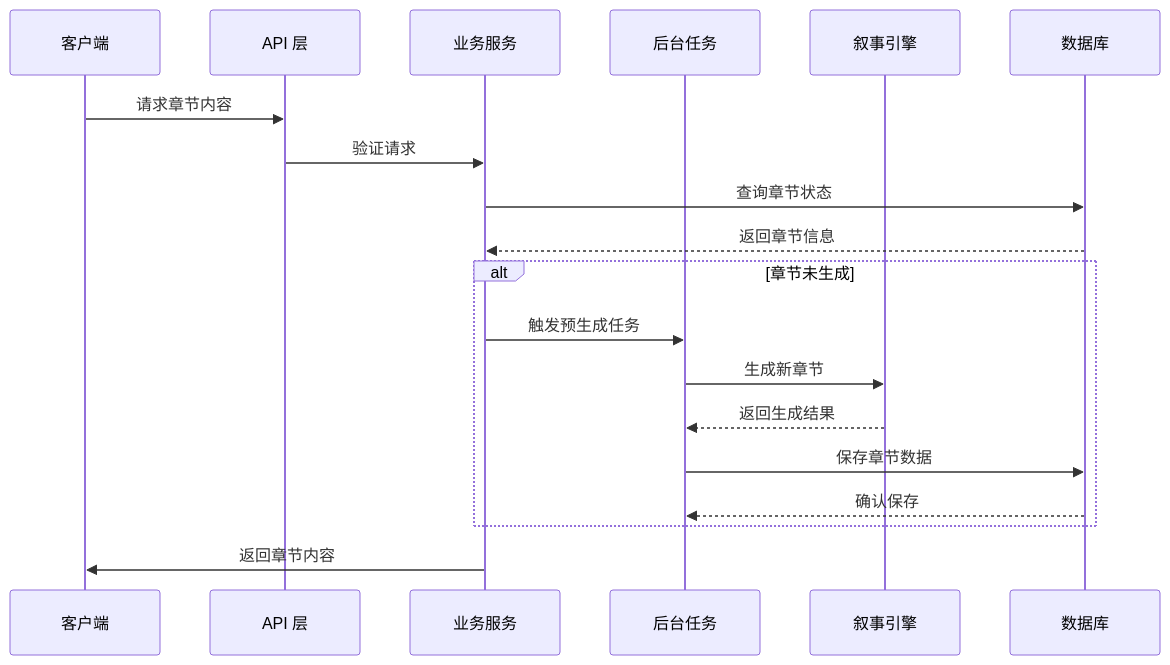
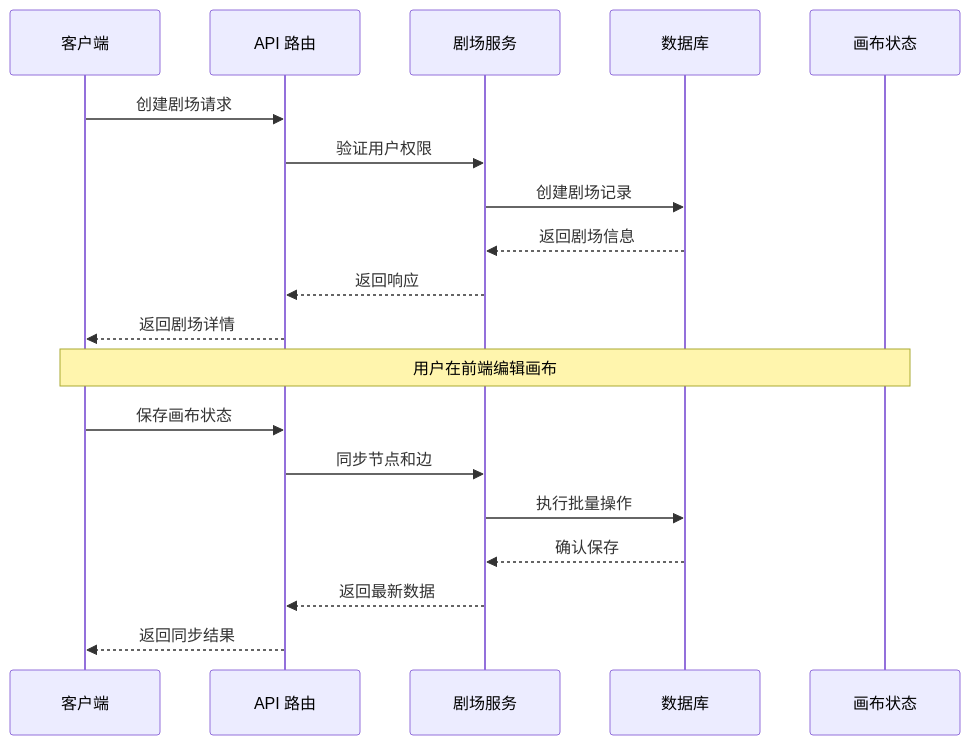
The fourth of 13 diagrams in .qoder/repowiki/zh/content/数据库设计/故事章节模型.md (KunLabAI/KunFlix), drawn with Mermaid before and after one commit. The commit also changed other lines of this file and 39 other files, not shown here.

````diff
--- a/.qoder/repowiki/zh/content/数据库设计/故事章节模型.md
+++ b/.qoder/repowiki/zh/content/数据库设计/故事章节模型.md
@@ -111,21 +235,21 @@
 ```mermaid
 sequenceDiagram
 participant Client as 客户端
-participant API as API 层
-participant Service as 业务服务
-participant Task as 后台任务
-participant Engine as 叙事引擎
+participant Router as API 路由
+participant Service as 剧场服务
 participant DB as 数据库
-Client->>API : 请求章节内容
-API->>Service : 验证请求
-Service->>DB : 查询章节状态
-DB-->>Service : 返回章节信息
-alt 章节未生成
-Service->>Task : 触发预生成任务
-Task->>Engine : 生成新章节
-Engine-->>Task : 返回生成结果
-Task->>DB : 保存章节数据
-DB-->>Task : 确认保存
-end
-Service->>Client : 返回章节内容
+participant Store as 画布状态
+Client->>Router : 创建剧场请求
+Router->>Service : 验证用户权限
+Service->>DB : 创建剧场记录
+DB-->>Service : 返回剧场信息
+Service-->>Router : 返回响应
+Router-->>Client : 返回剧场详情
+Note over Client,Store : 用户在前端编辑画布
+Client->>Router : 保存画布状态
+Router->>Service : 同步节点和边
+Service->>DB : 执行批量操作
+DB-->>Service : 确认保存
+Service-->>Router : 返回最新数据
+Router-->>Client : 返回同步结果
 ```
````
